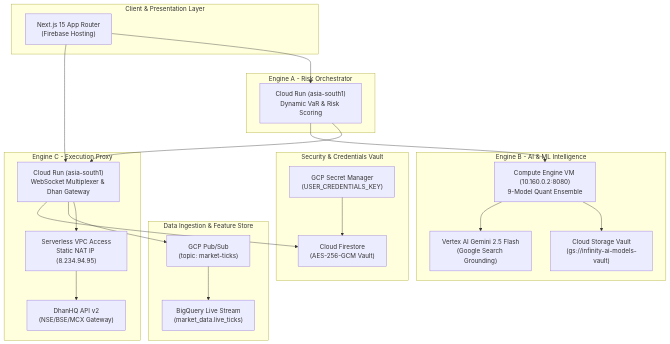
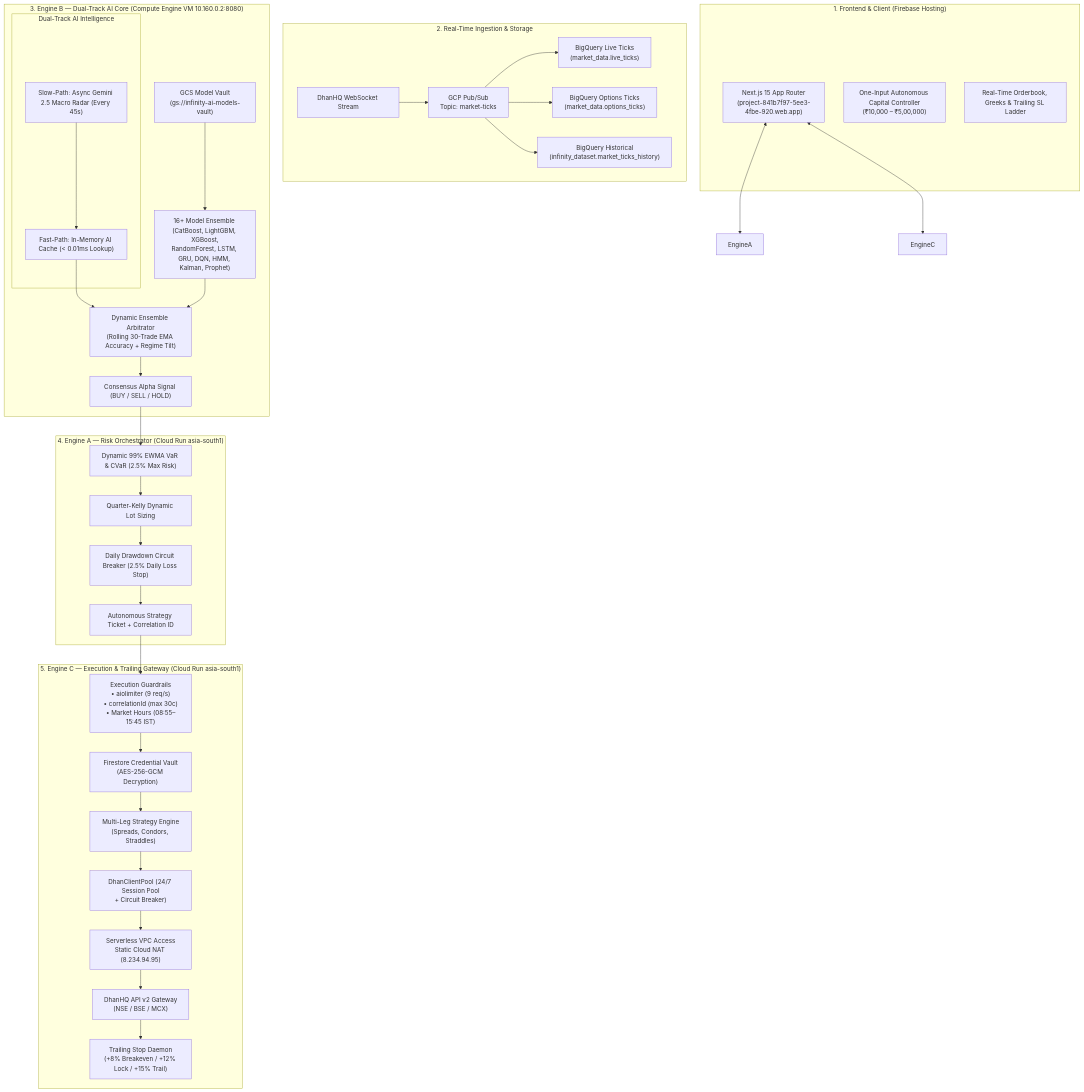
The first of 2 diagrams in README.md (raghu-1718/InfinityAI.Pro), drawn with Mermaid before and after one commit. The commit also changed other lines of this file and 15 other files, not shown here.

Commit message:
feat(autonomous): 1-click capital controller, dual-track real-time AI, multi-leg options & 3-tier trailing daemon

````diff
--- a/README.md
+++ b/README.md
@@ -36,46 +35,49 @@
 ```mermaid
-flowchart TD
-    subgraph Client [Client & Presentation Layer]
-        UI["Next.js 15 App Router<br/>(Firebase Hosting)"]
+flowchart TB
+    subgraph Presentation ["1. Frontend & Client (Firebase Hosting)"]
+        UI["Next.js 15 App Router<br/>(project-841b7f97-5ee3-4fbe-920.web.app)"]
+        CapSlider["One-Input Autonomous Capital Controller<br/>(₹10,000 – ₹5,00,000)"]
+        Telemetry["Real-Time Orderbook, Greeks & Trailing SL Ladder"]
     end
 
-    subgraph Security [Security & Credentials Vault]
-        SM["GCP Secret Manager<br/>(USER_CREDENTIALS_KEY)"]
-        Firestore["Cloud Firestore<br/>(AES-256-GCM Vault)"]
+    subgraph DataPipeline ["2. Real-Time Ingestion & Storage"]
+        DhanTicks["DhanHQ WebSocket Stream"] --> PubSub["GCP Pub/Sub<br/>Topic: market-ticks"]
+        PubSub --> BQ_Live["BigQuery Live Ticks<br/>(market_data.live_ticks)"]
+        PubSub --> BQ_Options["BigQuery Options Ticks<br/>(market_data.options_ticks)"]
+        PubSub --> BQ_Hist["BigQuery Historical<br/>(infinity_dataset.market_ticks_history)"]
     end
 
-    subgraph Data [Data Ingestion & Feature Store]
-        PubSub["GCP Pub/Sub<br/>(topic: market-ticks)"]
-        BQ["BigQuery Live Stream<br/>(market_data.live_ticks)"]
+    subgraph Intelligence ["3. Engine B — Dual-Track AI Core (Compute Engine VM 10.160.0.2:8080)"]
+        GCS["GCS Model Vault<br/>(gs://infinity-ai-models-vault)"] --> Ensemble["16+ Model Ensemble (CatBoost, LightGBM, XGBoost,<br/>RandomForest, LSTM, GRU, DQN, HMM, Kalman, Prophet)"]
+        
+        subgraph DualTrack ["Dual-Track AI Intelligence"]
+            FastPath["Fast-Path: In-Memory AI Cache (< 0.01ms Lookup)"]
+            SlowPath["Slow-Path: Async Gemini 2.5 Macro Radar (Every 45s)"]
+        end
+        
+        SlowPath --> FastPath
+        FastPath --> EnsembleArbitrator["Dynamic Ensemble Arbitrator<br/>(Rolling 30-Trade EMA Accuracy + Regime Tilt)"]
+        Ensemble --> EnsembleArbitrator
+        EnsembleArbitrator --> AlphaSignal["Consensus Alpha Signal (BUY / SELL / HOLD)"]
     end
 
-    subgraph Intelligence [Engine B - AI & ML Intelligence]
-        VM["Compute Engine VM (10.160.0.2:8080)<br/>9-Model Quant Ensemble"]
-        VertexAI["Vertex AI Gemini 2.5 Flash<br/>(Google Search Grounding)"]
-        GCS["Cloud Storage Vault<br/>(gs://infinity-ai-models-vault)"]
+    subgraph Orchestration ["4. Engine A — Risk Orchestrator (Cloud Run asia-south1)"]
+        AlphaSignal --> RiskEngine["Dynamic 99% EWMA VaR & CVaR (2.5% Max Risk)"]
+        RiskEngine --> KellySizing["Quarter-Kelly Dynamic Lot Sizing"]
+        KellySizing --> CircuitBreaker["Daily Drawdown Circuit Breaker (2.5% Daily Loss Stop)"]
+        CircuitBreaker --> ClearedOrder["Autonomous Strategy Ticket + Correlation ID"]
     end
 
-    subgraph Orchestration [Engine A - Risk Orchestrator]
-        EngineA["Cloud Run (asia-south1)<br/>Dynamic VaR & Risk Scoring"]
+    subgraph Execution ["5. Engine C — Execution & Trailing Gateway (Cloud Run asia-south1)"]
+        ClearedOrder --> Guardrails["Execution Guardrails<br/>• aiolimiter (9 req/s)<br/>• correlationId (max 30c)<br/>• Market Hours (08:55–15:45 IST)"]
+        Guardrails --> Vault["Firestore Credential Vault<br/>(AES-256-GCM Decryption)"]
+        Vault --> MultiLeg["Multi-Leg Strategy Engine<br/>(Spreads, Condors, Straddles)"]
+        MultiLeg --> DhanPool["DhanClientPool (24/7 Session Pool<br/>+ Circuit Breaker)"]
+        DhanPool --> VPC["Serverless VPC Access<br/>Static Cloud NAT (8.234.94.95)"]
+        VPC --> DhanHQ["DhanHQ API v2 Gateway<br/>(NSE / BSE / MCX)"]
+        DhanHQ --> TrailingDaemon["Trailing Stop Daemon<br/>(+8% Breakeven / +12% Lock / +15% Trail)"]
     end
 
-    subgraph Execution [Engine C - Execution Proxy]
-        EngineC["Cloud Run (asia-south1)<br/>WebSocket Multiplexer & Dhan Gateway"]
-        VPC["Serverless VPC Access<br/>Static NAT IP (8.234.94.95)"]
-        Dhan["DhanHQ API v2<br/>(NSE/BSE/MCX Gateway)"]
-    end
-
-    %% Wiring
-    UI --> EngineC
-    UI --> EngineA
-    EngineC --> Firestore
-    SM --> Firestore
-    EngineC --> PubSub
-    PubSub --> BQ
-    VM --> VertexAI
-    VM --> GCS
-    EngineA --> VM
-    EngineA --> EngineC
-    EngineC --> VPC
-    VPC --> Dhan
+    UI <--> EngineA
+    UI <--> EngineC
 ```
````
